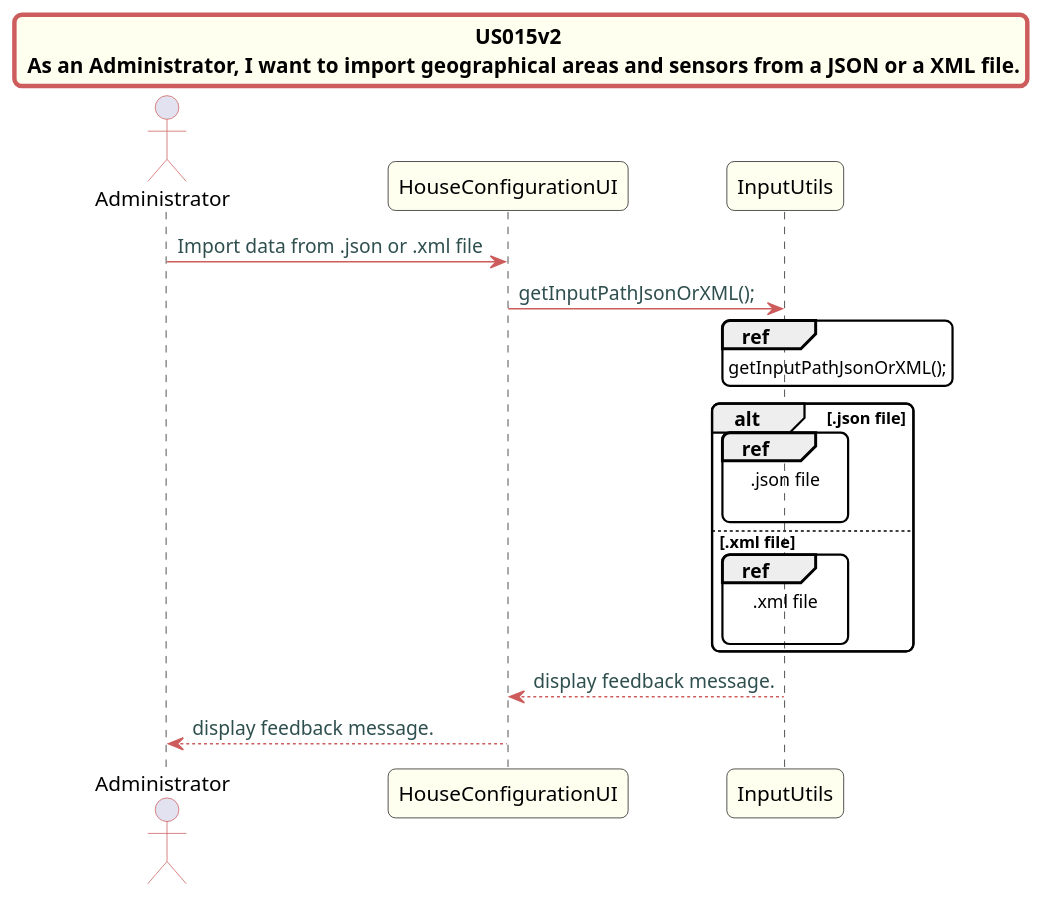
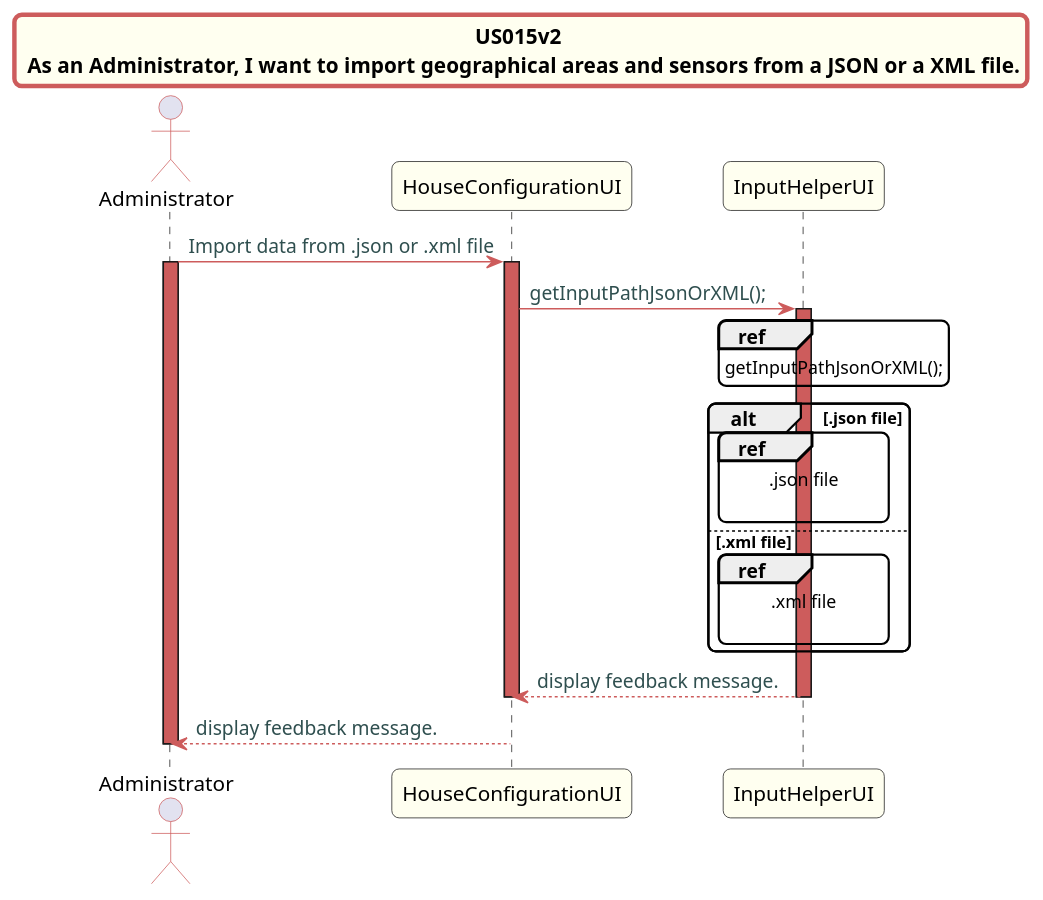
Before and after one commit to Almadanmp/project: the diagram in src/doc/Controllers/HouseConfiguration/US15/US15v2_sd_HouseConfiguration.puml, drawn with PlantUML. The commit also changed 4 other files, not shown here.

Commit message:
REF #178 updated class diagram and sequence diagram for us15v2

```diff
--- a/src/doc/Controllers/HouseConfiguration/US15/US15v2_sd_HouseConfiguration.puml
+++ b/src/doc/Controllers/HouseConfiguration/US15/US15v2_sd_HouseConfiguration.puml
@@ -1,48 +1,57 @@
 @startuml
 title US015v2 \n As an Administrator, I want to import geographical areas and sensors from a JSON or a XML file.
 skinparam titleBorderRoundCorner 10
 skinparam titleBorderThickness 3
 skinparam titleBorderColor indianred
 skinparam titleBackgroundColor ivory
 skinparam FontName quicksand
 
 skinparam actor {
   BorderColor indianred
   }
 
 skinparam sequence {
   LifeLineBackgroundColor indianred
   ParticipantBackgroundColor ivory
 }
 
 skinparam roundcorner 10
 
 skinparam component {
   arrowThickness 1
   ArrowFontName Verdana
   ArrowColor indianred
   ArrowFontColor darkslategrey
 }
 
 
 actor Administrator
 Administrator -> HouseConfigurationUI: Import data from .json or .xml file
-HouseConfigurationUI -> InputUtils: getInputPathJsonOrXML();
-ref over InputUtils
+activate Administrator
+activate HouseConfigurationUI
+HouseConfigurationUI -> InputHelperUI: getInputPathJsonOrXML();
+activate InputHelperUI
+
+ref over InputHelperUI
 getInputPathJsonOrXML();
 end ref
 alt .json file
 
-ref over InputUtils
+ref over InputHelperUI
 .json file
 
 end ref
 else .xml file
-ref over InputUtils
+ref over InputHelperUI
 .xml file
 
 end
 end alt
-InputUtils --> HouseConfigurationUI: display feedback message.
+InputHelperUI --> HouseConfigurationUI: display feedback message.
+deactivate InputHelperUI
+
+deactivate HouseConfigurationUI
 HouseConfigurationUI --> Administrator: display feedback message.
+deactivate Administrator
+
 @enduml
```
